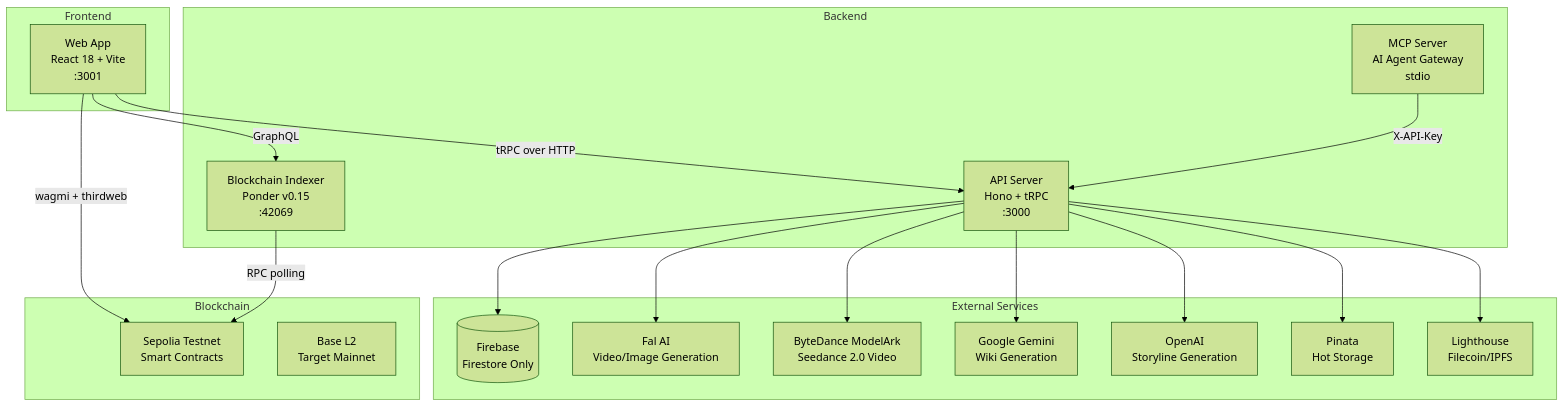
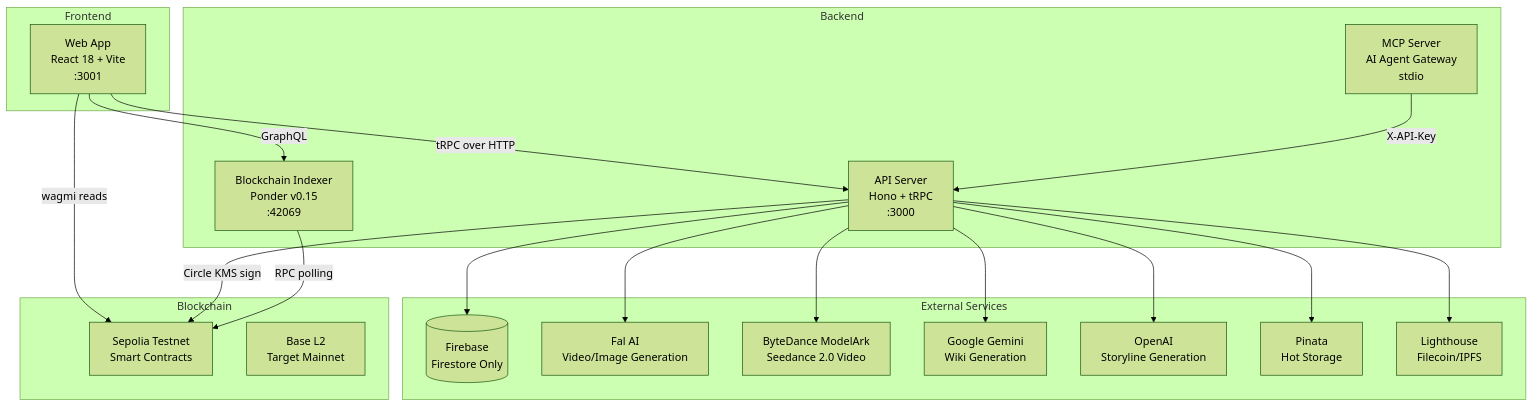
One commit to EcosystemNetwork/loar changed the first of 3 diagrams in docs/architecture.md. Above: the diagram before and after it, drawn with Mermaid (forest theme). The commit also changed other lines of this file and 106 other files, not shown here.

````diff
--- a/docs/architecture.md
+++ b/docs/architecture.md
@@ -5,42 +5,43 @@
 ```mermaid
 graph TD
     subgraph Frontend
         WEB[Web App<br/>React 18 + Vite<br/>:3001]
     end
 
     subgraph Backend
         SERVER[API Server<br/>Hono + tRPC<br/>:3000]
         INDEXER[Blockchain Indexer<br/>Ponder v0.15<br/>:42069]
         MCP[MCP Server<br/>AI Agent Gateway<br/>stdio]
     end
 
     subgraph External Services
         FIREBASE[(Firebase<br/>Firestore Only)]
         FAL[Fal AI<br/>Video/Image Generation]
         BYTEDANCE[ByteDance ModelArk<br/>Seedance 2.0 Video]
         GEMINI[Google Gemini<br/>Wiki Generation]
         OPENAI[OpenAI<br/>Storyline Generation]
         PINATA[Pinata<br/>Hot Storage]
         LIGHTHOUSE[Lighthouse<br/>Filecoin/IPFS]
     end
 
     subgraph Blockchain
         SEPOLIA[Sepolia Testnet<br/>Smart Contracts]
         BASE[Base L2<br/>Target Mainnet]
     end
 
     WEB -->|tRPC over HTTP| SERVER
     WEB -->|GraphQL| INDEXER
-    WEB -->|wagmi + thirdweb| SEPOLIA
+    WEB -->|wagmi reads| SEPOLIA
+    SERVER -->|Circle KMS sign| SEPOLIA
 
     SERVER --> FIREBASE
     SERVER --> FAL
     SERVER --> BYTEDANCE
     SERVER --> GEMINI
     SERVER --> OPENAI
     SERVER --> PINATA
     SERVER --> LIGHTHOUSE
     INDEXER -->|RPC polling| SEPOLIA
 
     MCP -->|X-API-Key| SERVER
 ```
````
